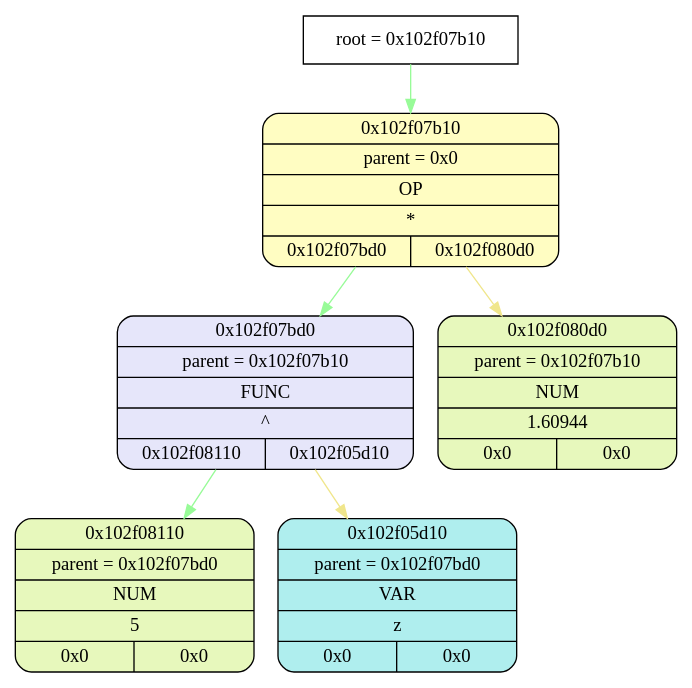
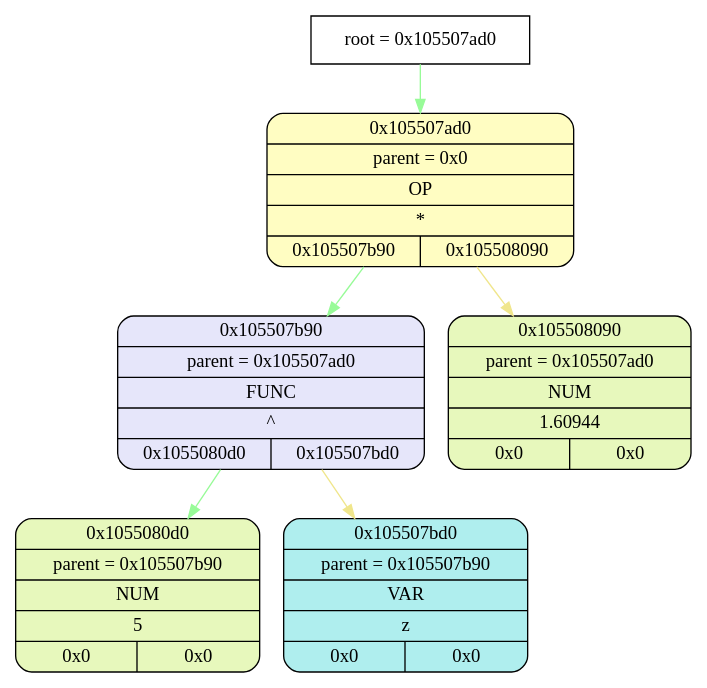
One commit to esgalimov/differentiator changed the diagram in tmp/graphviz.dot. Above: the diagram before and after it, drawn with Graphviz. The commit also changed 11 other files, not shown here.

```diff
--- a/tmp/graphviz.dot
+++ b/tmp/graphviz.dot
@@ -1,20 +1,20 @@
 digraph
 {
-    node_info[shape = record, label = "{root = 0x102f07b10}"];
+    node_info[shape = record, label = "{root = 0x105507ad0}"];
 
-    node_info->node_0x102f07b10 [color = "#98FB98"];
-    node_0x102f07b10[shape = Mrecord, label = "{{0x102f07b10} | {parent =  0x0} | {OP} | {*} | {0x102f07bd0 | 0x102f080d0}}",
+    node_info->node_0x105507ad0 [color = "#98FB98"];
+    node_0x105507ad0[shape = Mrecord, label = "{{0x105507ad0} | {parent =  0x0} | {OP} | {*} | {0x105507b90 | 0x105508090}}",
                 style="filled", fillcolor="#FFFDC2"];
-    node_0x102f07bd0[shape = Mrecord, label = "{{0x102f07bd0} | {parent =  0x102f07b10} | {FUNC} | {^} | {0x102f08110 | 0x102f05d10}}",
+    node_0x105507b90[shape = Mrecord, label = "{{0x105507b90} | {parent =  0x105507ad0} | {FUNC} | {^} | {0x1055080d0 | 0x105507bd0}}",
                 style="filled", fillcolor="#E6E6FA"];
-    node_0x102f08110[shape = Mrecord, label = "{{0x102f08110} | {parent =  0x102f07bd0} | {NUM} | {5} | {0x0 | 0x0}}",
+    node_0x1055080d0[shape = Mrecord, label = "{{0x1055080d0} | {parent =  0x105507b90} | {NUM} | {5} | {0x0 | 0x0}}",
                 style="filled", fillcolor="#E7F8BC"];
-    node_0x102f05d10[shape = Mrecord, label = "{{0x102f05d10} | {parent =  0x102f07bd0} | {VAR} | {z} | {0x0 | 0x0}}",
+    node_0x105507bd0[shape = Mrecord, label = "{{0x105507bd0} | {parent =  0x105507b90} | {VAR} | {z} | {0x0 | 0x0}}",
                     style="filled", fillcolor="#AFEEEE"];
-    node_0x102f080d0[shape = Mrecord, label = "{{0x102f080d0} | {parent =  0x102f07b10} | {NUM} | {1.60944} | {0x0 | 0x0}}",
+    node_0x105508090[shape = Mrecord, label = "{{0x105508090} | {parent =  0x105507ad0} | {NUM} | {1.60944} | {0x0 | 0x0}}",
                 style="filled", fillcolor="#E7F8BC"];
-    node_0x102f07b10->node_0x102f07bd0 [color = "#98FB98"];
-    node_0x102f07bd0->node_0x102f08110 [color = "#98FB98"];
-    node_0x102f07bd0->node_0x102f05d10 [color = "#F0E68C"];
-    node_0x102f07b10->node_0x102f080d0 [color = "#F0E68C"];
+    node_0x105507ad0->node_0x105507b90 [color = "#98FB98"];
+    node_0x105507b90->node_0x1055080d0 [color = "#98FB98"];
+    node_0x105507b90->node_0x105507bd0 [color = "#F0E68C"];
+    node_0x105507ad0->node_0x105508090 [color = "#F0E68C"];
 }
```
